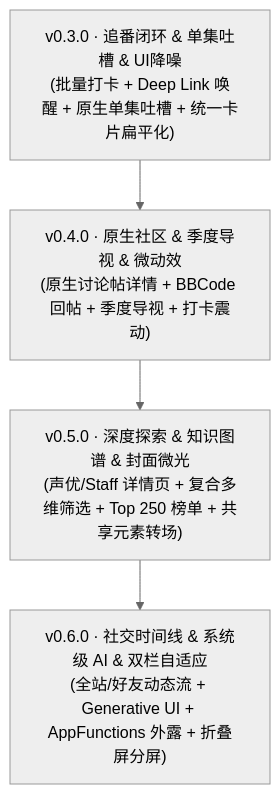
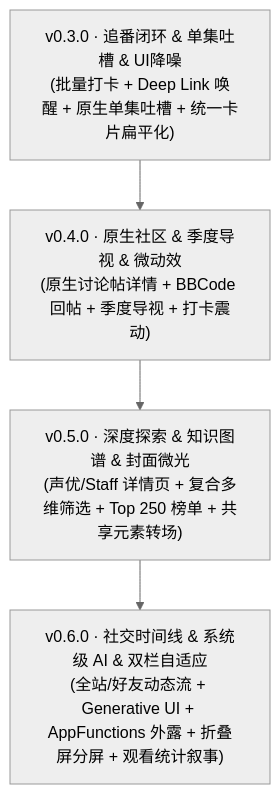
One commit to infinitezerone/MiniBgm changed the diagram in ROADMAP.md. Above: the diagram before and after it, drawn with Mermaid (neutral theme). The commit also changed other lines of this file, not shown here.

Commit message:
docs(roadmap): 新增个人中心板块演进方向与里程碑条目

````diff
--- a/ROADMAP.md
+++ b/ROADMAP.md
@@ -201,6 +227,6 @@
 ```mermaid
 flowchart TD
     M1["v0.3.0 · 追番闭环 & 单集吐槽 & UI降噪\n(批量打卡 + Deep Link 唤醒 + 原生单集吐槽 + 统一卡片扁平化)"] --> M2["v0.4.0 · 原生社区 & 季度导视 & 微动效\n(原生讨论帖详情 + BBCode 回帖 + 季度导视 + 打卡震动)"]
     M2 --> M3["v0.5.0 · 深度探索 & 知识图谱 & 封面微光\n(声优/Staff 详情页 + 复合多维筛选 + Top 250 榜单 + 共享元素转场)"]
-    M3 --> M4["v0.6.0 · 社交时间线 & 系统级 AI & 双栏自适应\n(全站/好友动态流 + Generative UI + AppFunctions 外露 + 折叠屏分屏)"]
+    M3 --> M4["v0.6.0 · 社交时间线 & 系统级 AI & 双栏自适应\n(全站/好友动态流 + Generative UI + AppFunctions 外露 + 折叠屏分屏 + 观看统计叙事)"]
 ```
````
